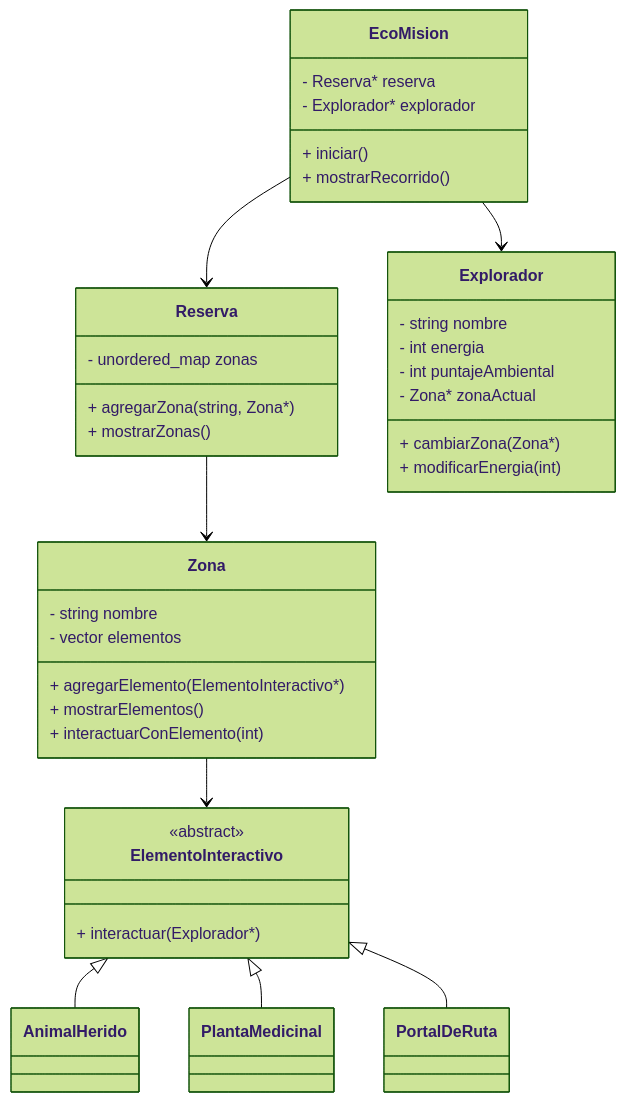
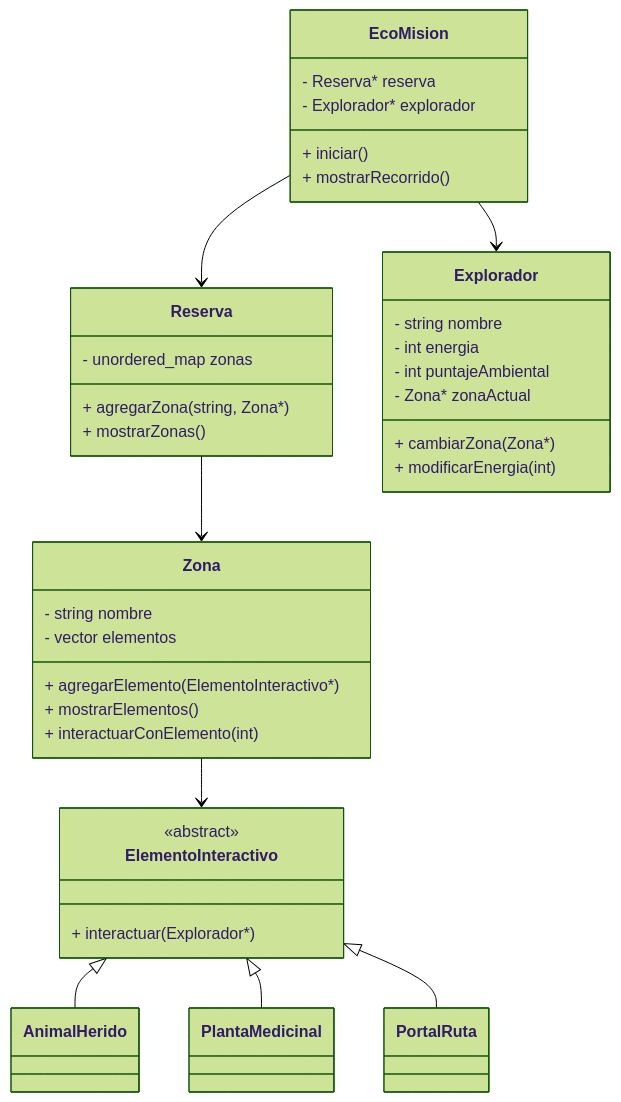
Before and after one commit to MineJuan/Proyecto_poo: the second of 3 diagrams in docs/diseno.md, drawn with Mermaid (forest theme). The commit also changed other lines of this file, not shown here.

````diff
--- a/docs/diseno.md
+++ b/docs/diseno.md
@@ -47,46 +47,46 @@
 ```mermaid
 classDiagram
     class EcoMision {
         - Reserva* reserva
         - Explorador* explorador
         + iniciar()
         + mostrarRecorrido()
     }
 
     class Reserva {
         - unordered_map<string, Zona*> zonas
         + agregarZona(string, Zona*)
         + mostrarZonas()
     }
 
     class Zona {
         - string nombre
         - vector<ElementoInteractivo*> elementos
         + agregarElemento(ElementoInteractivo*)
         + mostrarElementos()
         + interactuarConElemento(int) 
     }
 
     class Explorador {
         - string nombre
         - int energia
         - int puntajeAmbiental
         - Zona* zonaActual
         + cambiarZona(Zona*)
         + modificarEnergia(int)
     }
 
     class ElementoInteractivo {
         <<abstract>>
         + interactuar(Explorador*)
     }
 
     ElementoInteractivo <|-- AnimalHerido
     ElementoInteractivo <|-- PlantaMedicinal
-    ElementoInteractivo <|-- PortalDeRuta
+    ElementoInteractivo <|-- PortalRuta
 
     EcoMision --> Reserva
     EcoMision --> Explorador
     Reserva --> Zona
     Zona --> ElementoInteractivo
 ```
````
